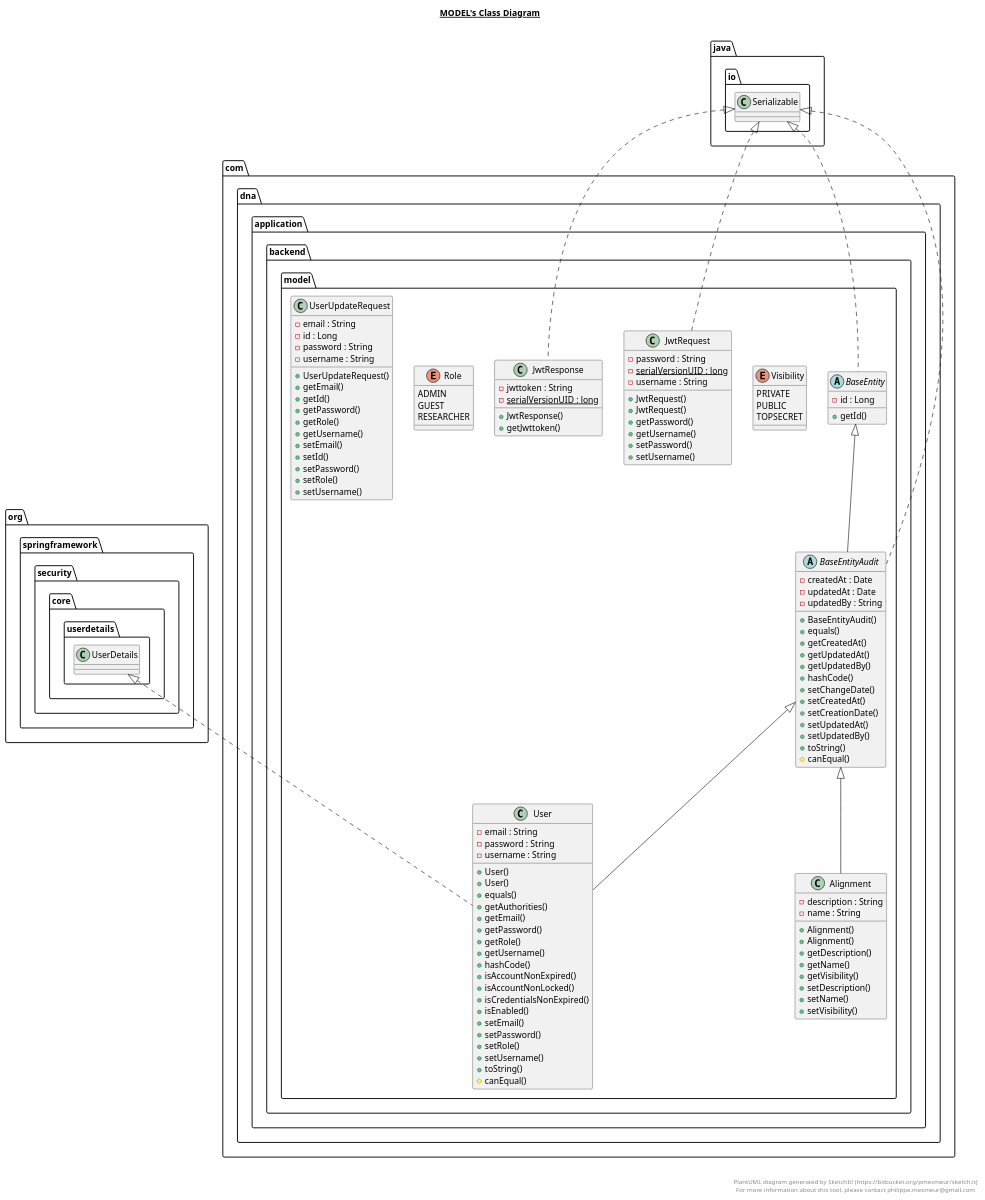
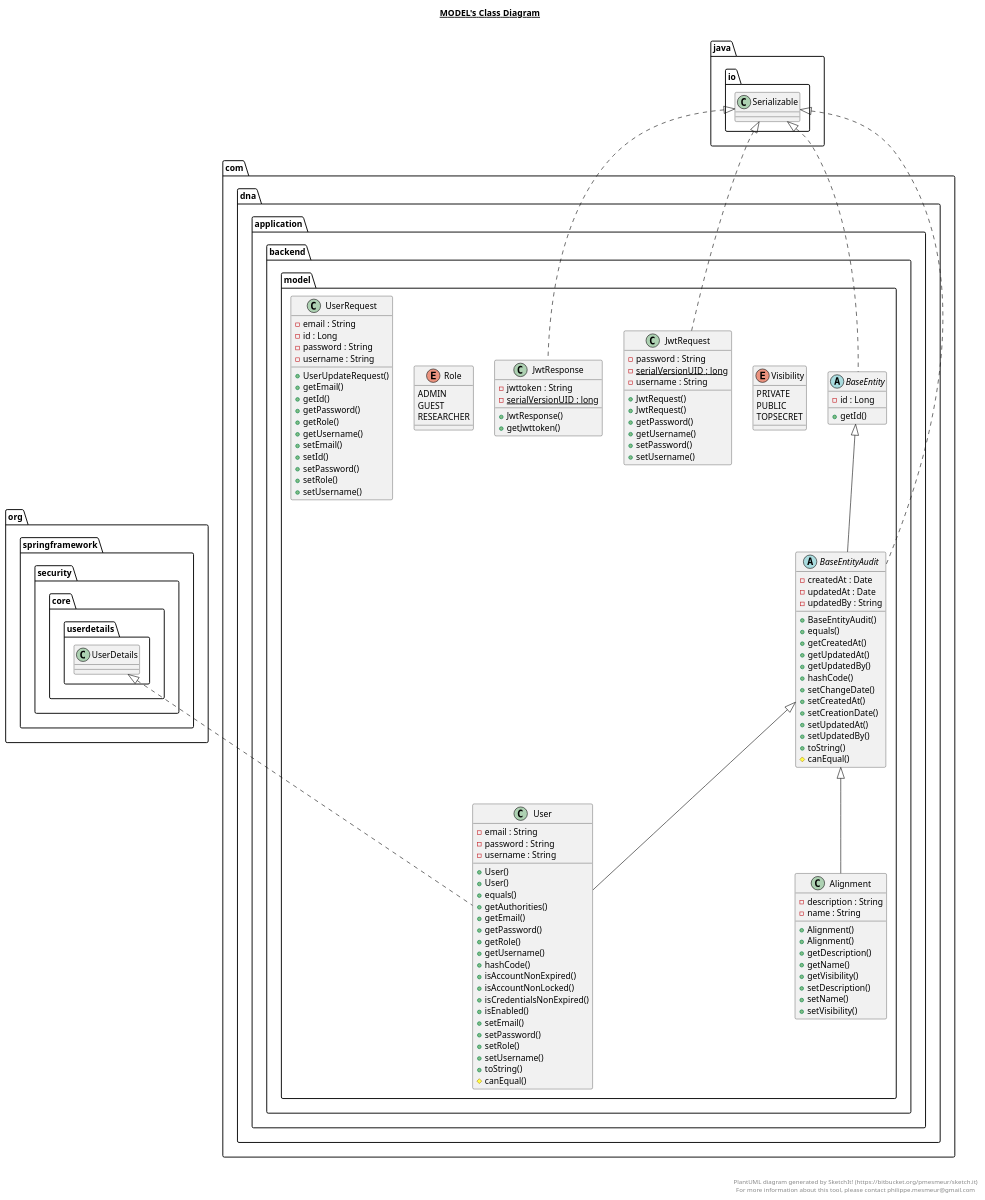
The diagram in src/main/java/com/dna/application/backend/model/model.plantuml (liptakpanna/szakdolgozat), drawn with PlantUML before and after one commit. The commit also changed 17 other files, not shown here.

```diff
--- a/src/main/java/com/dna/application/backend/model/model.plantuml
+++ b/src/main/java/com/dna/application/backend/model/model.plantuml
@@ -1,183 +1,183 @@
 @startuml
 
 title __MODEL's Class Diagram__\n
 
   namespace com.dna.application.backend {
     namespace model {
       class com.dna.application.backend.model.Alignment {
           - description : String
           - name : String
           + Alignment()
           + Alignment()
           + getDescription()
           + getName()
           + getVisibility()
           + setDescription()
           + setName()
           + setVisibility()
       }
     }
   }
   
 
   namespace com.dna.application.backend {
     namespace model {
       enum Visibility {
         PRIVATE
         PUBLIC
         TOPSECRET
       }
     }
   }
   
 
   namespace com.dna.application.backend {
     namespace model {
       abstract class com.dna.application.backend.model.BaseEntity {
           - id : Long
           + getId()
       }
     }
   }
   
 
   namespace com.dna.application.backend {
     namespace model {
       abstract class com.dna.application.backend.model.BaseEntityAudit {
           - createdAt : Date
           - updatedAt : Date
           - updatedBy : String
           + BaseEntityAudit()
           + equals()
           + getCreatedAt()
           + getUpdatedAt()
           + getUpdatedBy()
           + hashCode()
           + setChangeDate()
           + setCreatedAt()
           + setCreationDate()
           + setUpdatedAt()
           + setUpdatedBy()
           + toString()
           # canEqual()
       }
     }
   }
   
 
   namespace com.dna.application.backend {
     namespace model {
       class com.dna.application.backend.model.JwtRequest {
           - password : String
           {static} - serialVersionUID : long
           - username : String
           + JwtRequest()
           + JwtRequest()
           + getPassword()
           + getUsername()
           + setPassword()
           + setUsername()
       }
     }
   }
   
 
   namespace com.dna.application.backend {
     namespace model {
       class com.dna.application.backend.model.JwtResponse {
           - jwttoken : String
           {static} - serialVersionUID : long
           + JwtResponse()
           + getJwttoken()
       }
     }
   }
   
 
   namespace com.dna.application.backend {
     namespace model {
       class com.dna.application.backend.model.User {
           - email : String
           - password : String
           - username : String
           + User()
           + User()
           + equals()
           + getAuthorities()
           + getEmail()
           + getPassword()
           + getRole()
           + getUsername()
           + hashCode()
           + isAccountNonExpired()
           + isAccountNonLocked()
           + isCredentialsNonExpired()
           + isEnabled()
           + setEmail()
           + setPassword()
           + setRole()
           + setUsername()
           + toString()
           # canEqual()
       }
     }
   }
   
 
   namespace com.dna.application.backend {
     namespace model {
       enum Role {
         ADMIN
         GUEST
         RESEARCHER
       }
     }
   }
   
 
   namespace com.dna.application.backend {
     namespace model {
-      class com.dna.application.backend.model.UserUpdateRequest {
+      class com.dna.application.backend.model.UserRequest {
           - email : String
           - id : Long
           - password : String
           - username : String
           + UserUpdateRequest()
           + getEmail()
           + getId()
           + getPassword()
           + getRole()
           + getUsername()
           + setEmail()
           + setId()
           + setPassword()
           + setRole()
           + setUsername()
       }
     }
   }
   
 
   com.dna.application.backend.model.Alignment -up-|> com.dna.application.backend.model.BaseEntityAudit
   com.dna.application.backend.model.Alignment o-- com.dna.application.backend.model.Alignment.Visibility : visibility
   com.dna.application.backend.model.Alignment +-down- com.dna.application.backend.model.Alignment.Visibility
   com.dna.application.backend.model.BaseEntity .up.|> java.io.Serializable
   com.dna.application.backend.model.BaseEntityAudit .up.|> java.io.Serializable
   com.dna.application.backend.model.BaseEntityAudit -up-|> com.dna.application.backend.model.BaseEntity
   com.dna.application.backend.model.JwtRequest .up.|> java.io.Serializable
   com.dna.application.backend.model.JwtResponse .up.|> java.io.Serializable
   com.dna.application.backend.model.User .up.|> org.springframework.security.core.userdetails.UserDetails
   com.dna.application.backend.model.User -up-|> com.dna.application.backend.model.BaseEntityAudit
   com.dna.application.backend.model.User o-- com.dna.application.backend.model.User.Role : role
   com.dna.application.backend.model.User +-down- com.dna.application.backend.model.User.Role
-  com.dna.application.backend.model.UserUpdateRequest o-- com.dna.application.backend.model.User.Role : role
+  com.dna.application.backend.model.UserRequest o-- com.dna.application.backend.model.User.Role : role
 
 
 right footer
 
 
 PlantUML diagram generated by SketchIt! (https://bitbucket.org/pmesmeur/sketch.it)
 For more information about this tool, please contact philippe.mesmeur@gmail.com
 endfooter
 
 @enduml
```
